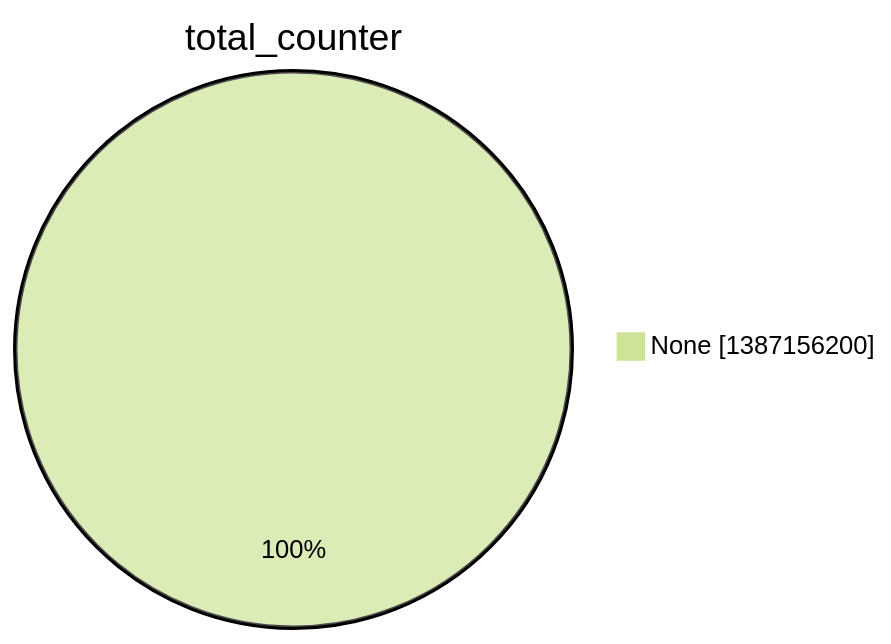
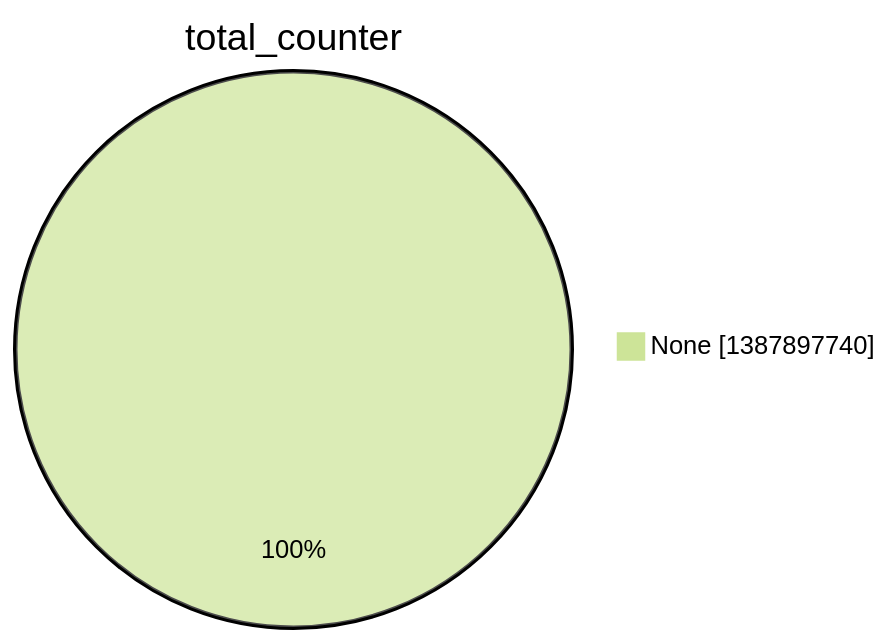
Before and after one commit to christiankrug/ctmonitor_visualization: the second of 15 diagrams in argon2022/README.md, drawn with Mermaid (forest theme). The commit also changed other lines of this file, not shown here.

````diff
--- a/argon2022/README.md
+++ b/argon2022/README.md
@@ -9,5 +9,5 @@
 ```mermaid
 pie showData
 title total_counter
-"None" :1387156200
+"None" :1387897740
 ```
````
